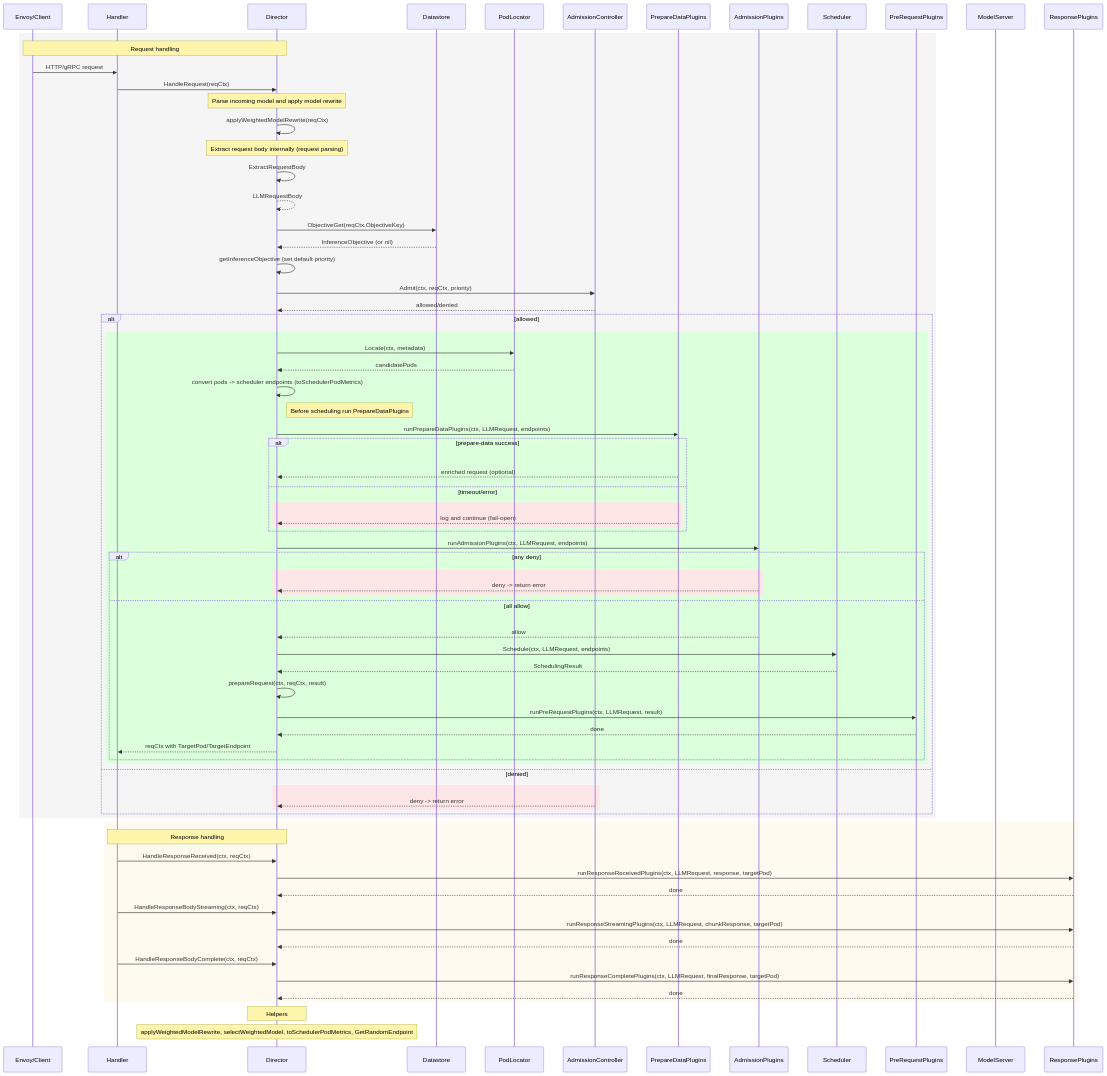
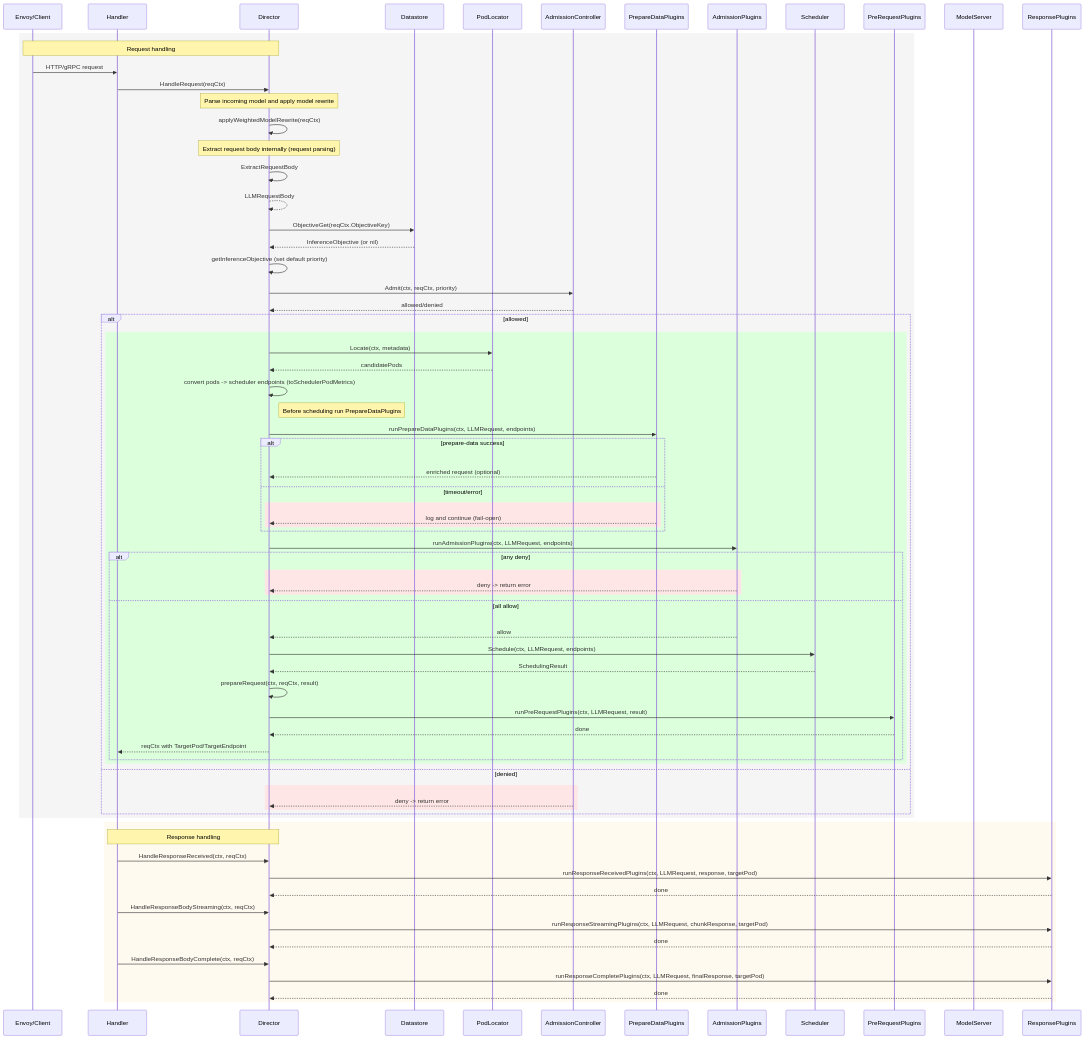
One commit to virgil382/llm-d-architectural-docs changed the diagram in diagrams/DirectorSequence.mmd. Above: the diagram before and after it, drawn with Mermaid. The commit also changed 3 other files, not shown here.

Commit message:
Removed superfluous notation from Director sequence diagram.

```diff
--- a/diagrams/DirectorSequence.mmd
+++ b/diagrams/DirectorSequence.mmd
@@ -1,85 +1,82 @@
 sequenceDiagram
     participant Envoy as Envoy/Client
     participant Handler
     participant Director
     participant Datastore
     participant PodLocator
     participant AdmissionCtrl as AdmissionController
     participant Prepare as PrepareDataPlugins
     participant Admission as AdmissionPlugins
     participant Scheduler
     participant PreReq as PreRequestPlugins
     participant Model as ModelServer
     participant Response as ResponsePlugins
 
     rect rgb(245,245,245)
         Note over Envoy,Director: Request handling
         Envoy->>Handler: HTTP/gRPC request
         Handler->>Director: HandleRequest(reqCtx)
         Note over Director: Parse incoming model and apply model rewrite
         Director->>Director: applyWeightedModelRewrite(reqCtx)
         Note over Director: Extract request body internally (request parsing)
         Director->>Director: ExtractRequestBody
         Director-->>Director: LLMRequestBody
         Director->>Datastore: ObjectiveGet(reqCtx.ObjectiveKey)
         Datastore-->>Director: InferenceObjective (or nil)
         Director->>Director: getInferenceObjective (set default priority)
         Director->>AdmissionCtrl: Admit(ctx, reqCtx, priority)
         AdmissionCtrl-->>Director: allowed/denied
         alt allowed
             rect rgb(220,255,220)
                 Director->>PodLocator: Locate(ctx, metadata)
                 PodLocator-->>Director: candidatePods
                 Director->>Director: convert pods -> scheduler endpoints (toSchedulerPodMetrics)
                 Note right of Director: Before scheduling run PrepareDataPlugins
                 Director->>Prepare: runPrepareDataPlugins(ctx, LLMRequest, endpoints)
                 alt prepare-data success
                     rect rgb(220,255,220)
                         Prepare-->>Director: enriched request (optional)
                     end
                 else timeout/error
                     rect rgb(255,230,230)
                         Prepare-->>Director: log and continue (fail-open)
                     end
                 end
                 Director->>Admission: runAdmissionPlugins(ctx, LLMRequest, endpoints)
                 alt any deny
                     rect rgb(255,230,230)
                         Admission-->>Director: deny -> return error
                     end
                 else all allow
                     rect rgb(220,255,220)
                         Admission-->>Director: allow
                         Director->>Scheduler: Schedule(ctx, LLMRequest, endpoints)
                         Scheduler-->>Director: SchedulingResult
                         Director->>Director: prepareRequest(ctx, reqCtx, result)
                         Director->>PreReq: runPreRequestPlugins(ctx, LLMRequest, result)
                         PreReq-->>Director: done
                         Director-->>Handler: reqCtx with TargetPod/TargetEndpoint
                     end
                 end
             end
         else denied
             rect rgb(255,230,230)
                 AdmissionCtrl-->>Director: deny -> return error
             end
         end
     end
 
     rect rgb(255,250,240)
         Note over Handler,Director: Response handling
         Handler->>Director: HandleResponseReceived(ctx, reqCtx)
         Director->>Response: runResponseReceivedPlugins(ctx, LLMRequest, response, targetPod)
         Response-->>Director: done
 
         Handler->>Director: HandleResponseBodyStreaming(ctx, reqCtx)
         Director->>Response: runResponseStreamingPlugins(ctx, LLMRequest, chunkResponse, targetPod)
         Response-->>Director: done
 
         Handler->>Director: HandleResponseBodyComplete(ctx, reqCtx)
         Director->>Response: runResponseCompletePlugins(ctx, LLMRequest, finalResponse, targetPod)
         Response-->>Director: done
     end
-
-    Note over Director: Helpers
-    Note over Director: applyWeightedModelRewrite, selectWeightedModel, toSchedulerPodMetrics, GetRandomEndpoint
```
